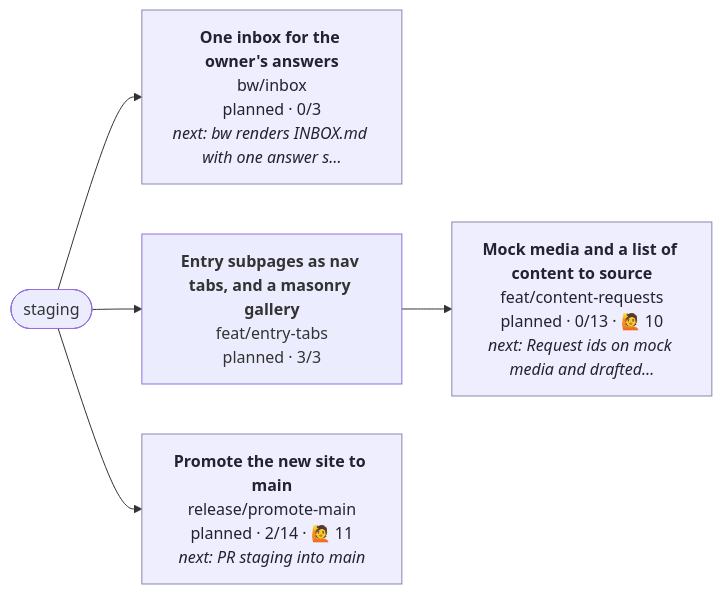
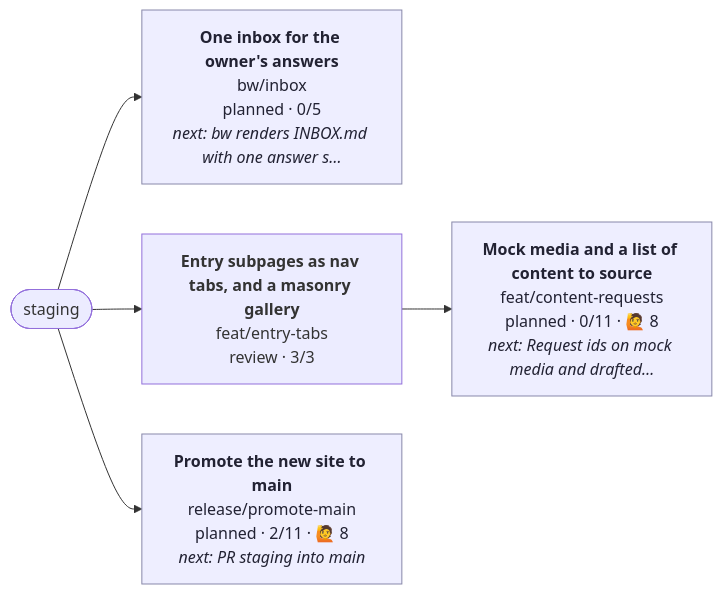
One commit to henryjonescodes/portfolio changed the diagram in CONTRIBUTING.md. Above: the diagram before and after it, drawn with Mermaid. The commit also changed other lines of this file, not shown here.

````diff
--- a/CONTRIBUTING.md
+++ b/CONTRIBUTING.md
@@ -5,21 +16,21 @@
 ```mermaid
 flowchart LR
   n_staging([staging])
-  n_bw_inbox["<b>One inbox for the owner's answers</b><br/>bw/inbox<br/>planned · 0/3<br/><i>next: bw renders INBOX.md with one answer s…</i>"]
+  n_bw_inbox["<b>One inbox for the owner's answers</b><br/>bw/inbox<br/>planned · 0/5<br/><i>next: bw renders INBOX.md with one answer s…</i>"]
   class n_bw_inbox planned
   n_staging --> n_bw_inbox
-  n_feat_content_requests["<b>Mock media and a list of content to source</b><br/>feat/content-requests<br/>planned · 0/13 · 🙋 10<br/><i>next: Request ids on mock media and drafted…</i>"]
+  n_feat_content_requests["<b>Mock media and a list of content to source</b><br/>feat/content-requests<br/>planned · 0/11 · 🙋 8<br/><i>next: Request ids on mock media and drafted…</i>"]
   class n_feat_content_requests planned
   n_feat_entry_tabs --> n_feat_content_requests
-  n_feat_entry_tabs["<b>Entry subpages as nav tabs, and a masonry gallery</b><br/>feat/entry-tabs<br/>planned · 3/3"]
-  class n_feat_entry_tabs planned,current
+  n_feat_entry_tabs["<b>Entry subpages as nav tabs, and a masonry gallery</b><br/>feat/entry-tabs<br/>review · 3/3"]
+  class n_feat_entry_tabs review,current
   n_staging --> n_feat_entry_tabs
-  n_release_promote_main["<b>Promote the new site to main</b><br/>release/promote-main<br/>planned · 2/14 · 🙋 11<br/><i>next: PR staging into main</i>"]
+  n_release_promote_main["<b>Promote the new site to main</b><br/>release/promote-main<br/>planned · 2/11 · 🙋 8<br/><i>next: PR staging into main</i>"]
   class n_release_promote_main planned
   n_staging --> n_release_promote_main
   classDef planned fill:#eef,stroke:#88a,color:#223
   classDef active fill:#dfd,stroke:#3a3,stroke-width:3px,color:#132
   classDef blocked fill:#fdd,stroke:#c33,color:#311
   classDef review fill:#ffd,stroke:#cc3,color:#331
   classDef current stroke:#06c,stroke-width:4px
 ```
````
